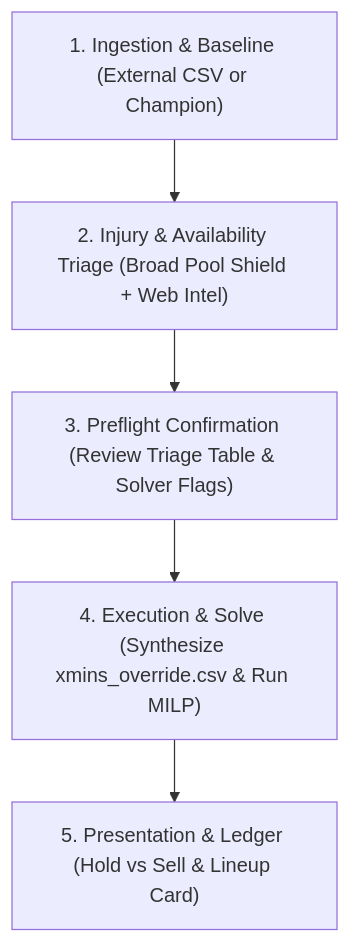
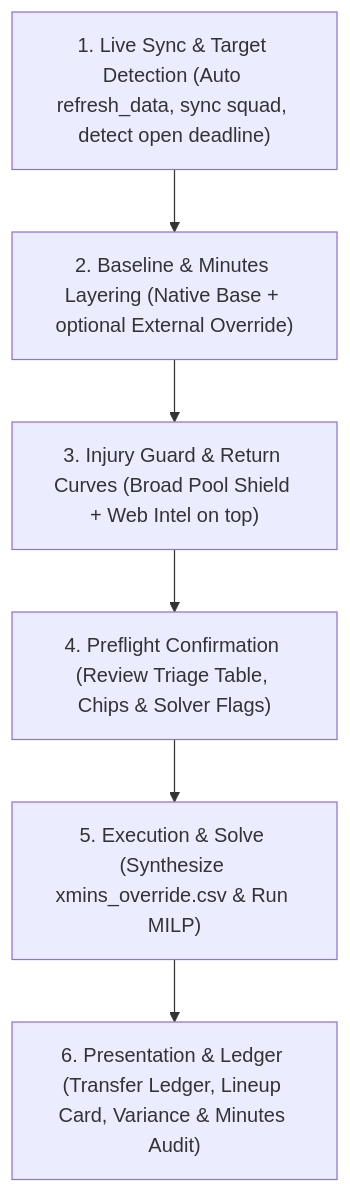
Before and after one commit to JubileeZ/fpl-jubilee-ascent: the diagram in .agents/skills/transfer-planner/SKILL.md, drawn with Mermaid. The commit also changed other lines of this file and 684 other files, not shown here.

Commit message:
feat(planner): refine ground-up minutes cascade precedence and open deadline detection

````diff
--- a/.agents/skills/transfer-planner/SKILL.md
+++ b/.agents/skills/transfer-planner/SKILL.md
@@ -13,7 +32,8 @@
 ```mermaid
 flowchart TD
-    S1["1. Ingestion & Baseline (External CSV or Champion)"] --> S2["2. Injury & Availability Triage (Broad Pool Shield + Web Intel)"]
-    S2 --> S3["3. Preflight Confirmation (Review Triage Table & Solver Flags)"]
-    S3 --> S4["4. Execution & Solve (Synthesize xmins_override.csv & Run MILP)"]
-    S4 --> S5["5. Presentation & Ledger (Hold vs Sell & Lineup Card)"]
+    S1["1. Live Sync & Target Detection (Auto refresh_data, sync squad, detect open deadline)"] --> S2["2. Baseline & Minutes Layering (Native Base + optional External Override)"]
+    S2 --> S3["3. Injury Guard & Return Curves (Broad Pool Shield + Web Intel on top)"]
+    S3 --> S4["4. Preflight Confirmation (Review Triage Table, Chips & Solver Flags)"]
+    S4 --> S5["5. Execution & Solve (Synthesize xmins_override.csv & Run MILP)"]
+    S5 --> S6["6. Presentation & Ledger (Transfer Ledger, Lineup Card, Variance & Minutes Audit)"]
 ```
````
